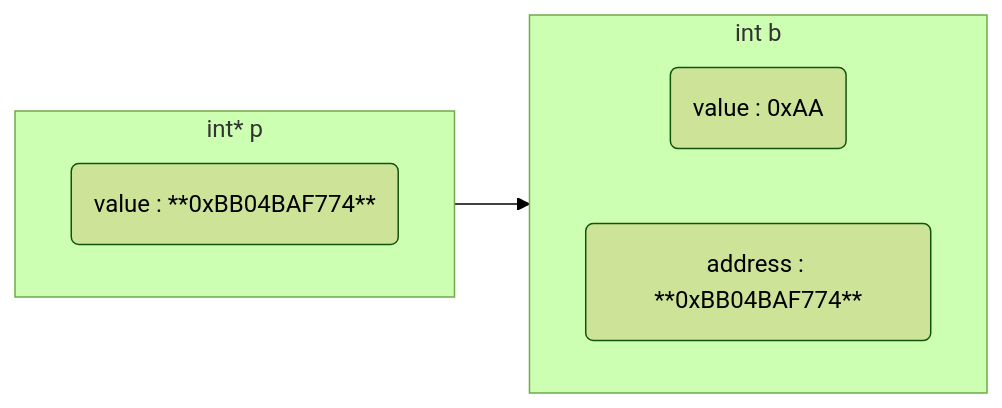
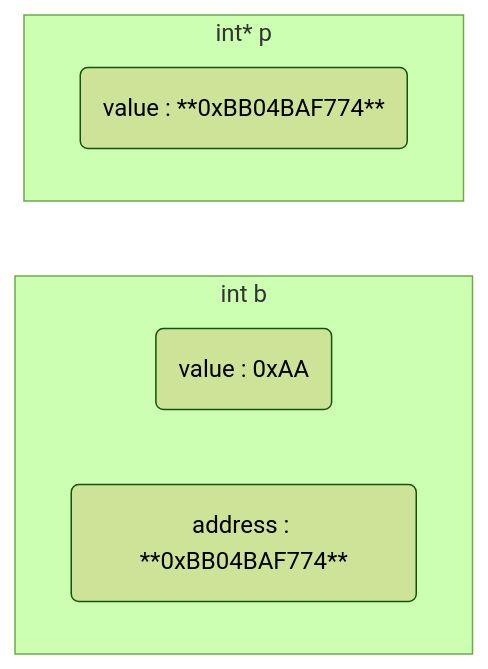
The third of 5 diagrams in Language/C&C++/Pointer/2022-01-08-指针.md (dmjcb/SelfBlog), drawn with Mermaid (forest theme) before and after one commit. The commit also changed other lines of this file and 224 other files, not shown here.

````diff
--- a/Language/C&C++/Pointer/2022-01-08-指针.md
+++ b/Language/C&C++/Pointer/2022-01-08-指针.md
@@ -91,15 +89,14 @@
 ```mermaid
 graph LR;
     subgraph S3[int b]
         direction LR
         V3(value : 0xAA)
         A3(address : **0xBB04BAF774**)
     end
 
     subgraph S2[int* p]
         direction LR
         V1(value : **0xBB04BAF774**)
     end
 
-    V1-->A3
 ```
````
